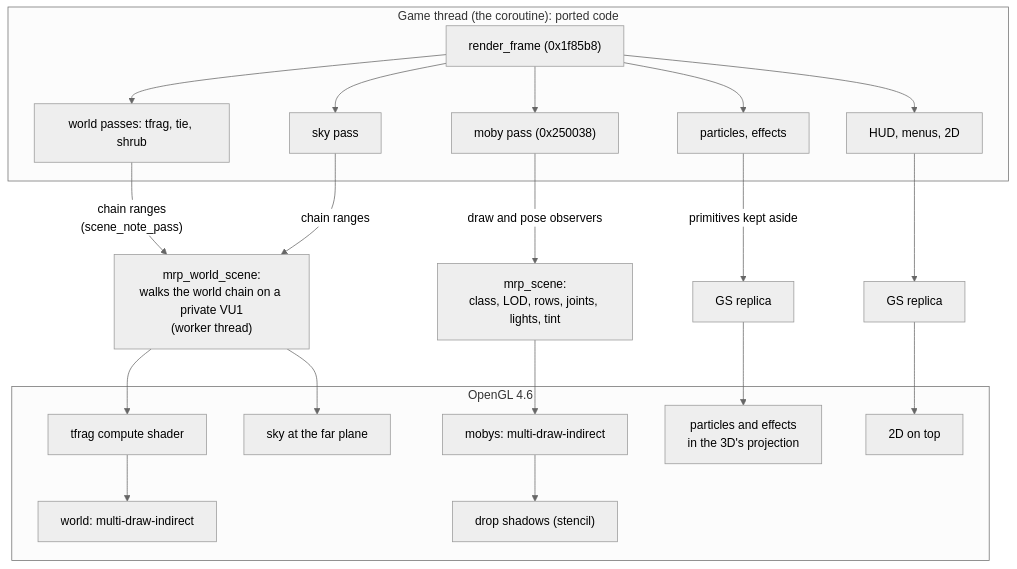
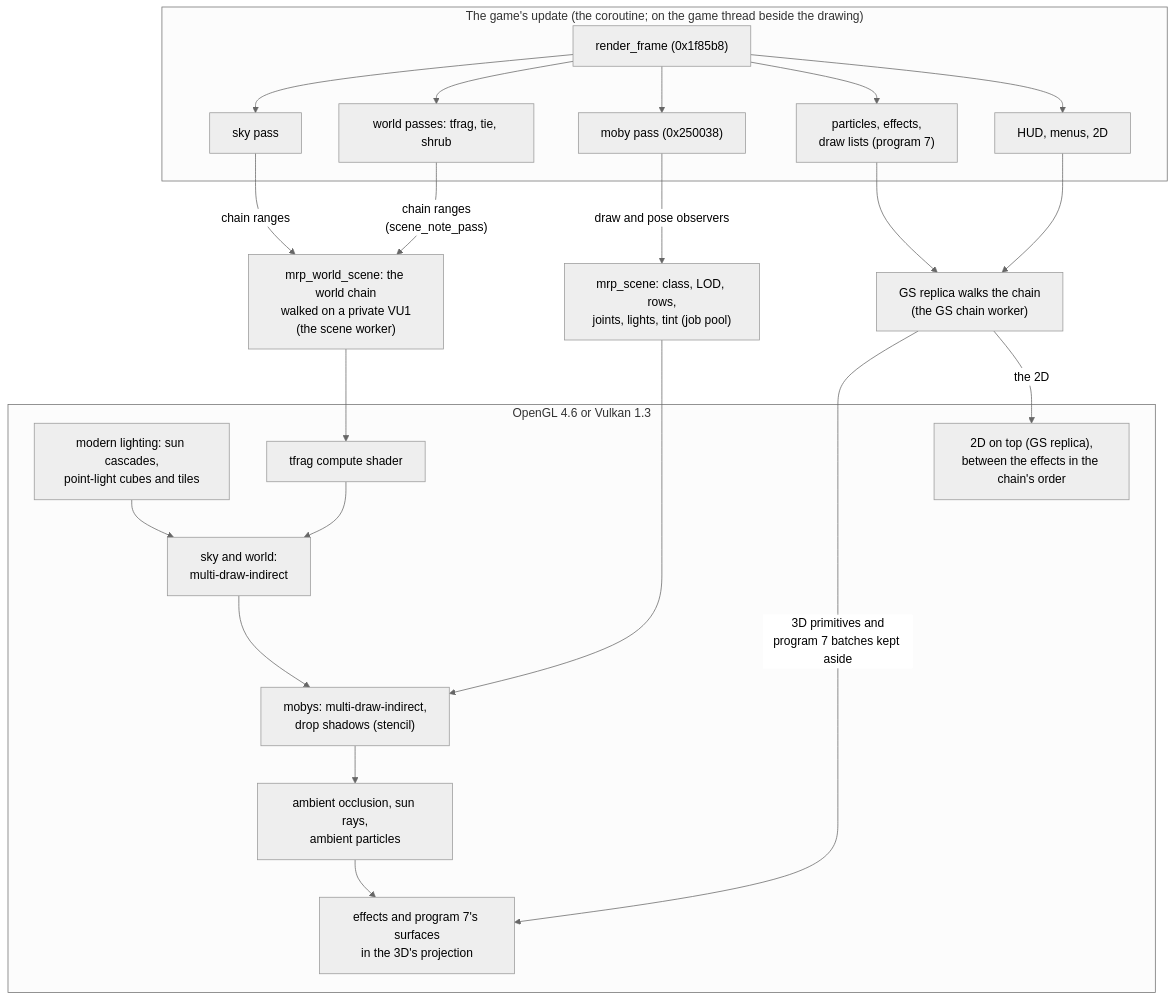
The diagram in docs/rendering.md (RAC-Native/rac1-native-game), drawn with Mermaid (neutral theme) before and after one commit. The commit also changed other lines of this file and 11 other files, not shown here.

````diff
--- a/docs/rendering.md
+++ b/docs/rendering.md
@@ -58,29 +71,30 @@
 ```mermaid
 flowchart TD
-    subgraph EE["Game thread (the coroutine): ported code"]
+    subgraph EE["The game's update (the coroutine; on the game thread beside the drawing)"]
         RF["render_frame (0x1f85b8)"] --> SKY["sky pass"]
         RF --> WP["world passes: tfrag, tie, shrub"]
         RF --> MP["moby pass (0x250038)"]
-        RF --> FX["particles, effects"]
+        RF --> FX["particles, effects,<br/>draw lists (program 7)"]
         RF --> HUD["HUD, menus, 2D"]
     end
-    WP -->|"chain ranges<br/>(scene_note_pass)"| WS["mrp_world_scene:<br/>walks the world chain on a private VU1<br/>(worker thread)"]
+    WP -->|"chain ranges<br/>(scene_note_pass)"| WS["mrp_world_scene: the world chain<br/>walked on a private VU1<br/>(the scene worker)"]
     SKY -->|"chain ranges"| WS
-    MP -->|"draw and pose observers"| MS["mrp_scene:<br/>class, LOD, rows, joints, lights, tint"]
-    FX -->|"primitives kept aside"| GSF["GS replica"]
-    HUD --> GS2["GS replica"]
-    subgraph GPU["OpenGL 4.6"]
+    MP -->|"draw and pose observers"| MS["mrp_scene: class, LOD, rows,<br/>joints, lights, tint (job pool)"]
+    FX --> GSR["GS replica walks the chain<br/>(the GS chain worker)"]
+    HUD --> GSR
+    subgraph GPU["OpenGL 4.6 or Vulkan 1.3"]
+        LS["modern lighting: sun cascades,<br/>point-light cubes and tiles"]
         TC["tfrag compute shader"]
-        SKYD["sky at the far plane"]
-        WD["world: multi-draw-indirect"]
-        MD["mobys: multi-draw-indirect"]
-        DS["drop shadows (stencil)"]
-        FXD["particles and effects<br/>in the 3D's projection"]
-        TWO["2D on top"]
+        WD["sky and world:<br/>multi-draw-indirect"]
+        MD["mobys: multi-draw-indirect,<br/>drop shadows (stencil)"]
+        PP["ambient occlusion, sun rays,<br/>ambient particles"]
+        FXD["effects and program 7's surfaces<br/>in the 3D's projection"]
+        TWO["2D on top (GS replica),<br/>between the effects in the chain's order"]
     end
+    GSR -->|"3D primitives and<br/>program 7 batches kept aside"| FXD
+    GSR -->|"the 2D"| TWO
     WS --> TC --> WD
-    WS --> SKYD
-    MS --> MD --> DS
-    GSF --> FXD
-    GS2 --> TWO
+    MS --> MD
+    LS --> WD
+    WD --> MD --> PP --> FXD
 ```
````
